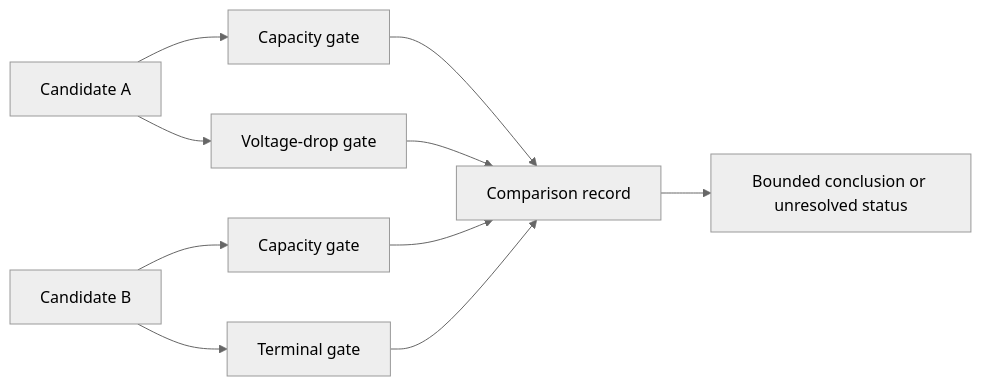
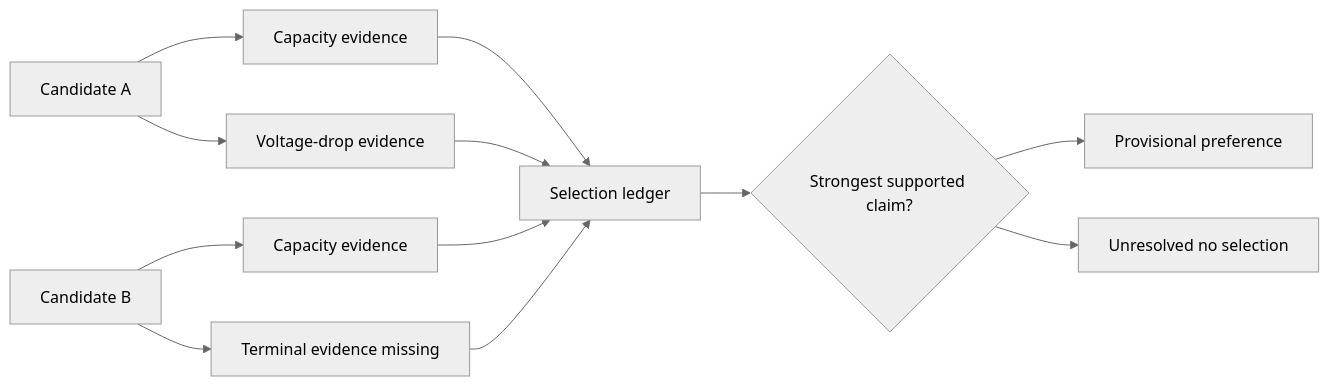
Before and after one commit to andrew3stedall/capstone: the second of 2 diagrams in docs/learning-plans/6-week/modules/day-20-complete-cable-selection-decision-sequence.md, drawn with Mermaid (neutral theme). The commit also changed other lines of this file and 4 other files, not shown here.

Commit message:
Improve Day 20 cable-selection decision sequence

````diff
--- a/docs/learning-plans/6-week/modules/day-20-complete-cable-selection-decision-sequence.md
+++ b/docs/learning-plans/6-week/modules/day-20-complete-cable-selection-decision-sequence.md
@@ -120,12 +154,14 @@
 ```mermaid
 flowchart LR
-    A[Candidate A] --> G1[Capacity gate]
-    A --> G2[Voltage-drop gate]
-    B[Candidate B] --> G3[Capacity gate]
-    B --> G4[Terminal gate]
-    G1 --> C[Comparison record]
-    G2 --> C
-    G3 --> C
-    G4 --> C
-    C --> R[Bounded conclusion or unresolved status]
+    CA20[Candidate A] --> AC20[Capacity evidence]
+    CA20 --> AV20[Voltage-drop evidence]
+    CB20[Candidate B] --> BC20[Capacity evidence]
+    CB20 --> BT20[Terminal evidence missing]
+    AC20 --> CR20[Selection ledger]
+    AV20 --> CR20
+    BC20 --> CR20
+    BT20 --> CR20
+    CR20 --> CG20{Strongest supported claim?}
+    CG20 --> CP20[Provisional preference]
+    CG20 --> CU20[Unresolved no selection]
 ```
````
